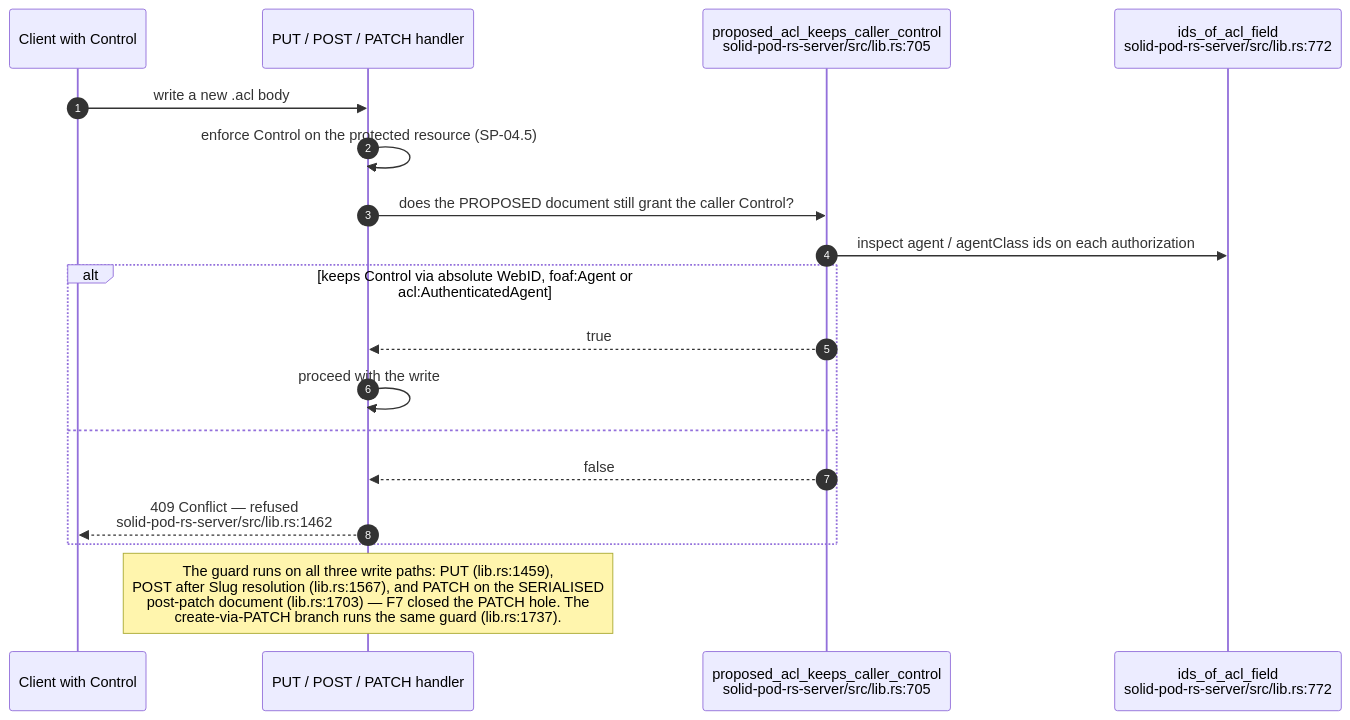
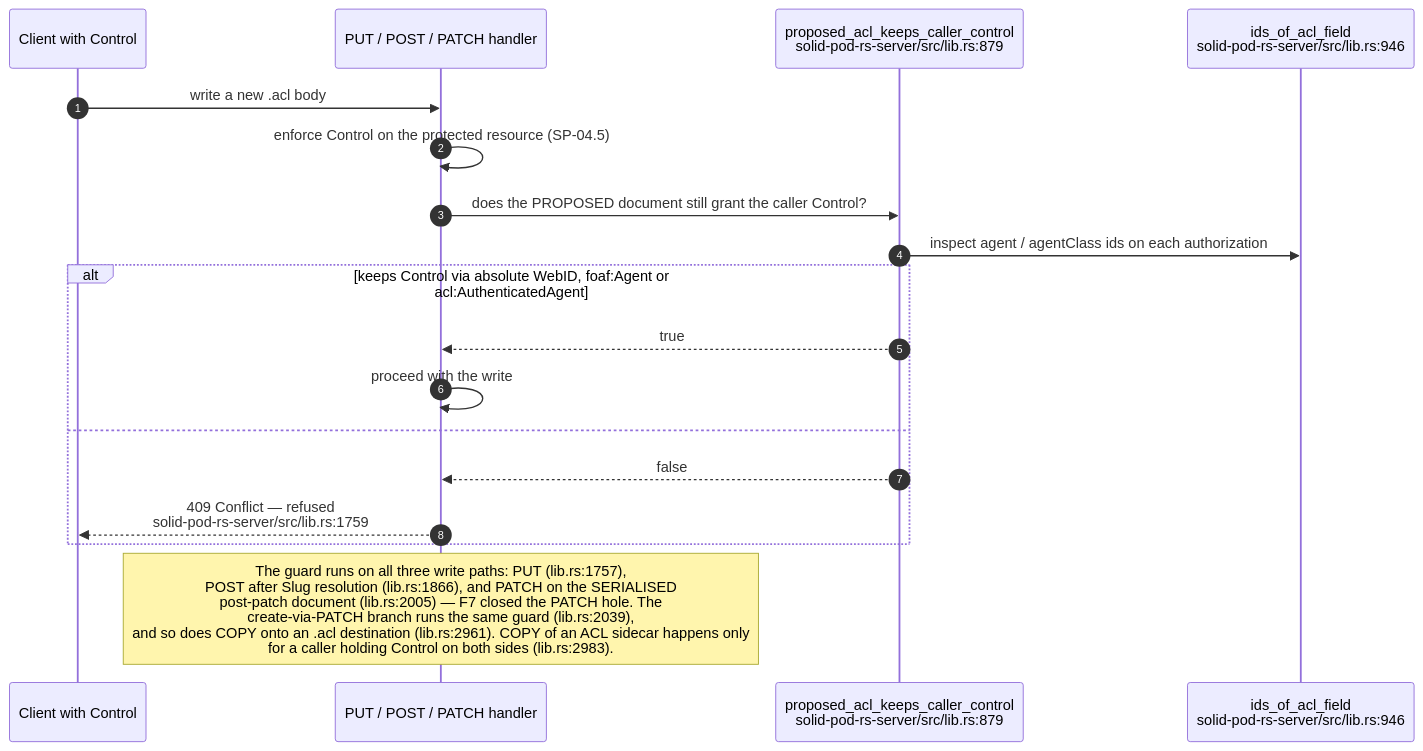
Before and after one commit to DreamLab-AI/VisionFlow: the sixth of 13 diagrams in docs/diagrams/solid-pod-rs/04-wac-authorisation.md, drawn with Mermaid. The commit also changed other lines of this file and 160 other files, not shown here.

````diff
--- a/docs/diagrams/solid-pod-rs/04-wac-authorisation.md
+++ b/docs/diagrams/solid-pod-rs/04-wac-authorisation.md
@@ -178,21 +186,21 @@
 ```mermaid
 sequenceDiagram
     autonumber
     participant C as Client with Control
     participant H as PUT / POST / PATCH handler
-    participant G as proposed_acl_keeps_caller_control<br/>solid-pod-rs-server/src/lib.rs:705
-    participant IDS as ids_of_acl_field<br/>solid-pod-rs-server/src/lib.rs:772
+    participant G as proposed_acl_keeps_caller_control<br/>solid-pod-rs-server/src/lib.rs:879
+    participant IDS as ids_of_acl_field<br/>solid-pod-rs-server/src/lib.rs:946
 
     C->>H: write a new .acl body
     H->>H: enforce Control on the protected resource (SP-04.5)
     H->>G: does the PROPOSED document still grant the caller Control?
     G->>IDS: inspect agent / agentClass ids on each authorization
     alt keeps Control via absolute WebID, foaf:Agent or acl:AuthenticatedAgent
         G-->>H: true
         H->>H: proceed with the write
     else
         G-->>H: false
-        H-->>C: 409 Conflict — refused<br/>solid-pod-rs-server/src/lib.rs:1462
+        H-->>C: 409 Conflict — refused<br/>solid-pod-rs-server/src/lib.rs:1759
     end
-    Note over H: The guard runs on all three write paths: PUT (lib.rs:1459),<br/>POST after Slug resolution (lib.rs:1567), and PATCH on the SERIALISED<br/>post-patch document (lib.rs:1703) — F7 closed the PATCH hole. The<br/>create-via-PATCH branch runs the same guard (lib.rs:1737).
+    Note over H: The guard runs on all three write paths: PUT (lib.rs:1757),<br/>POST after Slug resolution (lib.rs:1866), and PATCH on the SERIALISED<br/>post-patch document (lib.rs:2005) — F7 closed the PATCH hole. The<br/>create-via-PATCH branch runs the same guard (lib.rs:2039),<br/>and so does COPY onto an .acl destination (lib.rs:2961). COPY of an ACL sidecar happens only<br/>for a caller holding Control on both sides (lib.rs:2983).
 ```
````
